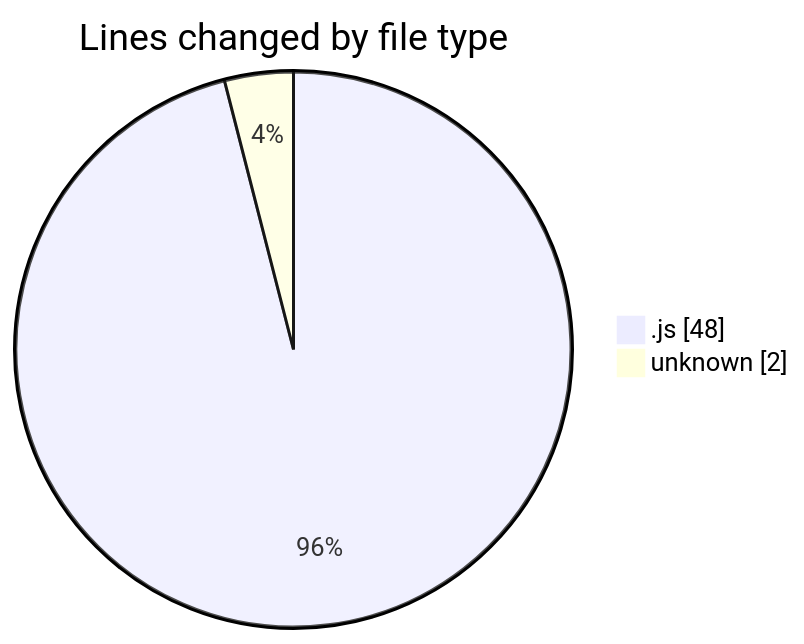
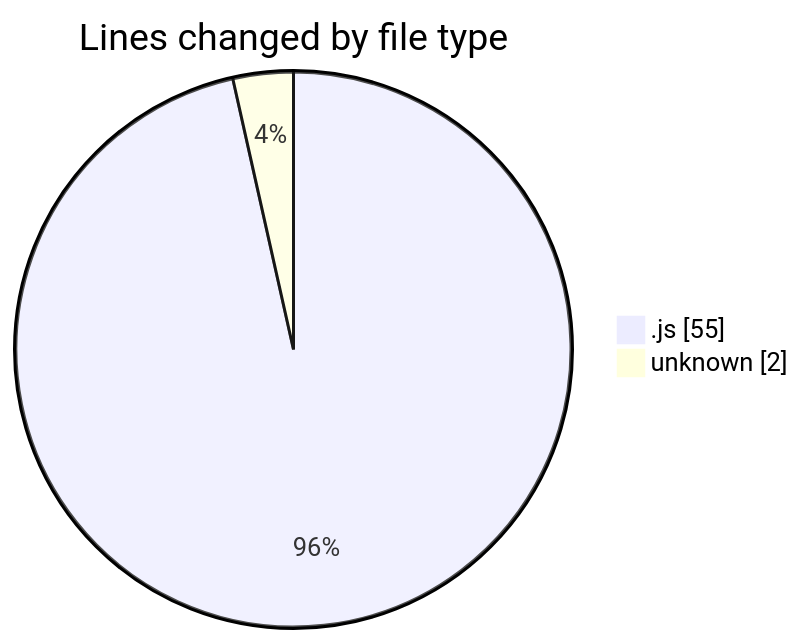
Before and after one commit to nxtqubesakshisongat/code-tracking: the first of 2 diagrams in 2025-05-17/javacript/README.md, drawn with Mermaid. The commit also changed other lines of this file and 1 other file, not shown here.

````diff
--- a/2025-05-17/javacript/README.md
+++ b/2025-05-17/javacript/README.md
@@ -21,6 +21,6 @@
 ```mermaid
 pie showData
 title Lines changed by file type
-".js" : 48
+".js" : 55
 "unknown" : 2
 ```
````
